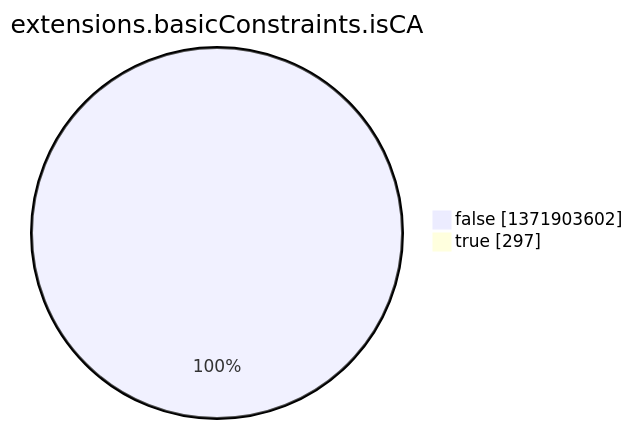
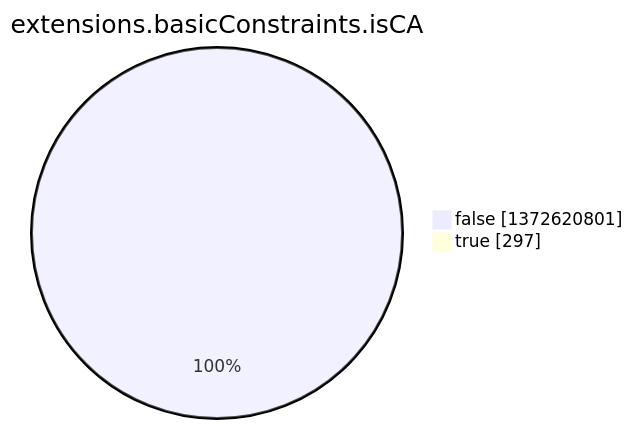
Before and after one commit to christiankrug/ctmonitor_visualization: the eighth of 15 diagrams in argon2022/README.md, drawn with Mermaid. The commit also changed other lines of this file, not shown here.

````diff
--- a/argon2022/README.md
+++ b/argon2022/README.md
@@ -2759,6 +2759,6 @@
 ```mermaid
 pie showData
 title extensions.basicConstraints.isCA
-"false" :1371903602
+"false" :1372620801
 "true" :297
 ```
````
